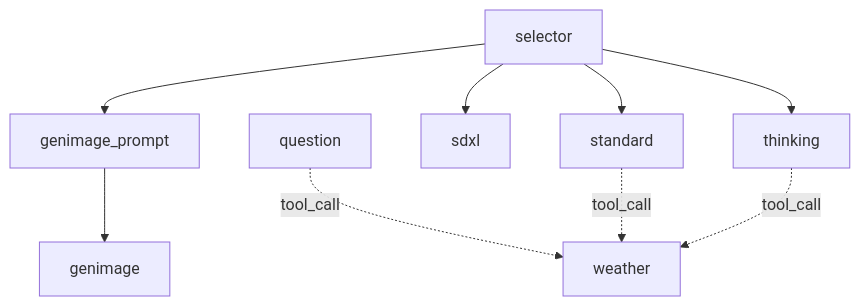
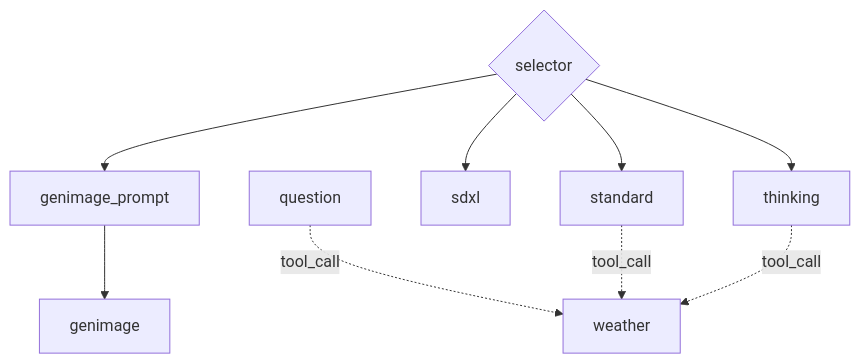
One commit to mashiike/estellm changed the diagram in README.md. Above: the diagram before and after it, drawn with Mermaid. The commit also changed 1 other file, not shown here.

Commit message:
set marmaid style

````diff
--- a/README.md
+++ b/README.md
@@ -136,19 +136,19 @@
 ```mermaid
 flowchart TD
     A0[genimage]
     A1[genimage_prompt]
     A2[question]
     A3[sdxl]
-    A4[selector]
+    A4{selector}
     A5[standard]
     A6[thinking]
     A7[weather]
     A1 --> A0
     A2 -.->|tool_call| A7
     A4 --> A1
     A4 --> A3
     A4 --> A5
     A4 --> A6
     A5 -.->|tool_call| A7
     A6 -.->|tool_call| A7
 ```
````
